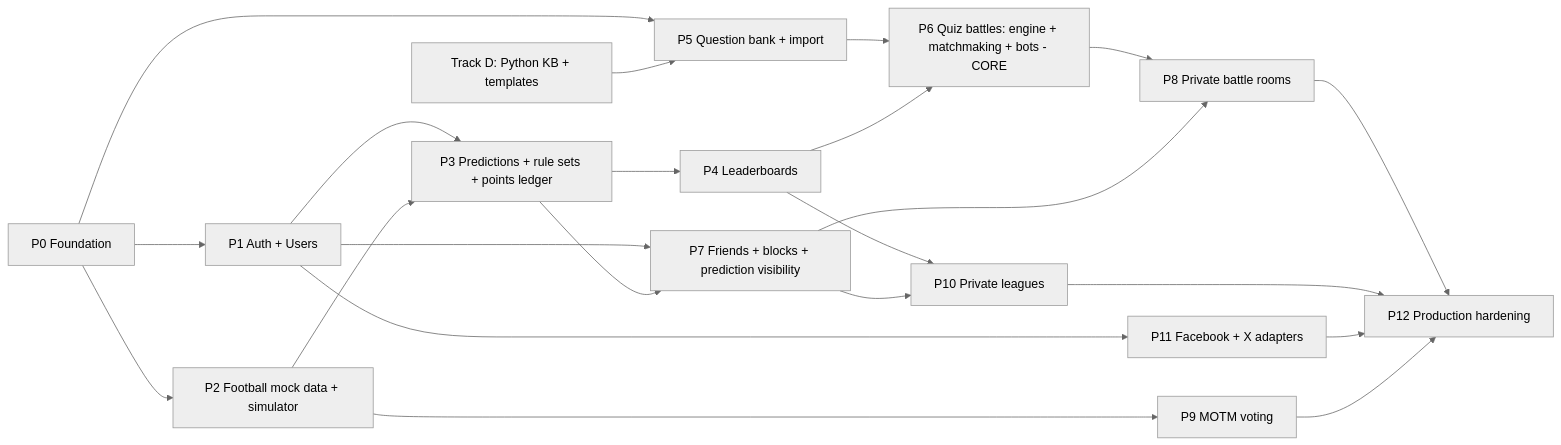
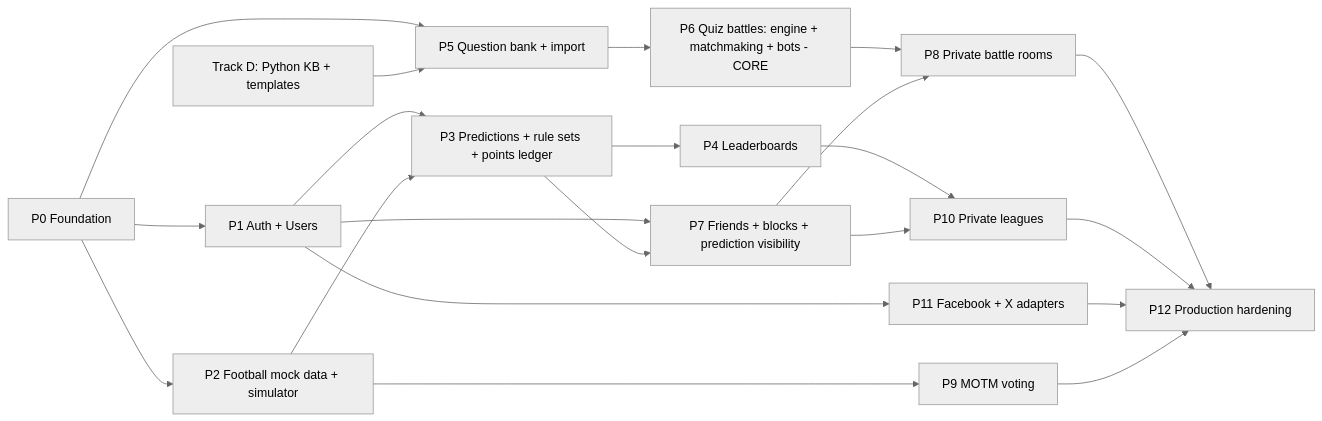
One commit to the-game22027/22027 changed the diagram in docs/ROADMAP.md. Above: the diagram before and after it, drawn with Mermaid (neutral theme). The commit also changed other lines of this file and 1 other file, not shown here.

````diff
--- a/docs/ROADMAP.md
+++ b/docs/ROADMAP.md
@@ -7,24 +7,23 @@
 ```mermaid
 flowchart LR
   P0[P0 Foundation] --> P1[P1 Auth + Users]
   P0 --> P2[P2 Football mock data + simulator]
   P1 --> P3[P3 Predictions + rule sets + points ledger]
   P2 --> P3
   P3 --> P4[P4 Leaderboards]
   P0 --> P5[P5 Question bank + import]
   D[Track D: Python KB + templates] --> P5
   P5 --> P6[P6 Quiz battles: engine + matchmaking + bots - CORE]
-  P4 --> P6
   P1 --> P7[P7 Friends + blocks + prediction visibility]
   P3 --> P7
   P6 --> P8[P8 Private battle rooms]
   P7 --> P8
   P2 --> P9[P9 MOTM voting]
   P4 --> P10[P10 Private leagues]
   P7 --> P10
   P1 --> P11[P11 Facebook + X adapters]
   P8 --> P12[P12 Production hardening]
   P10 --> P12
   P11 --> P12
   P9 --> P12
 ```
````
